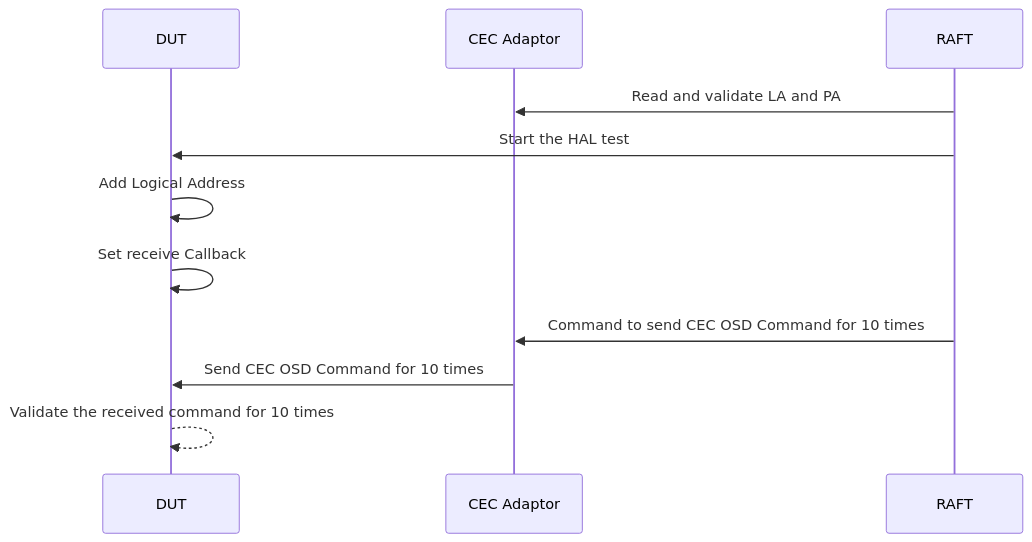
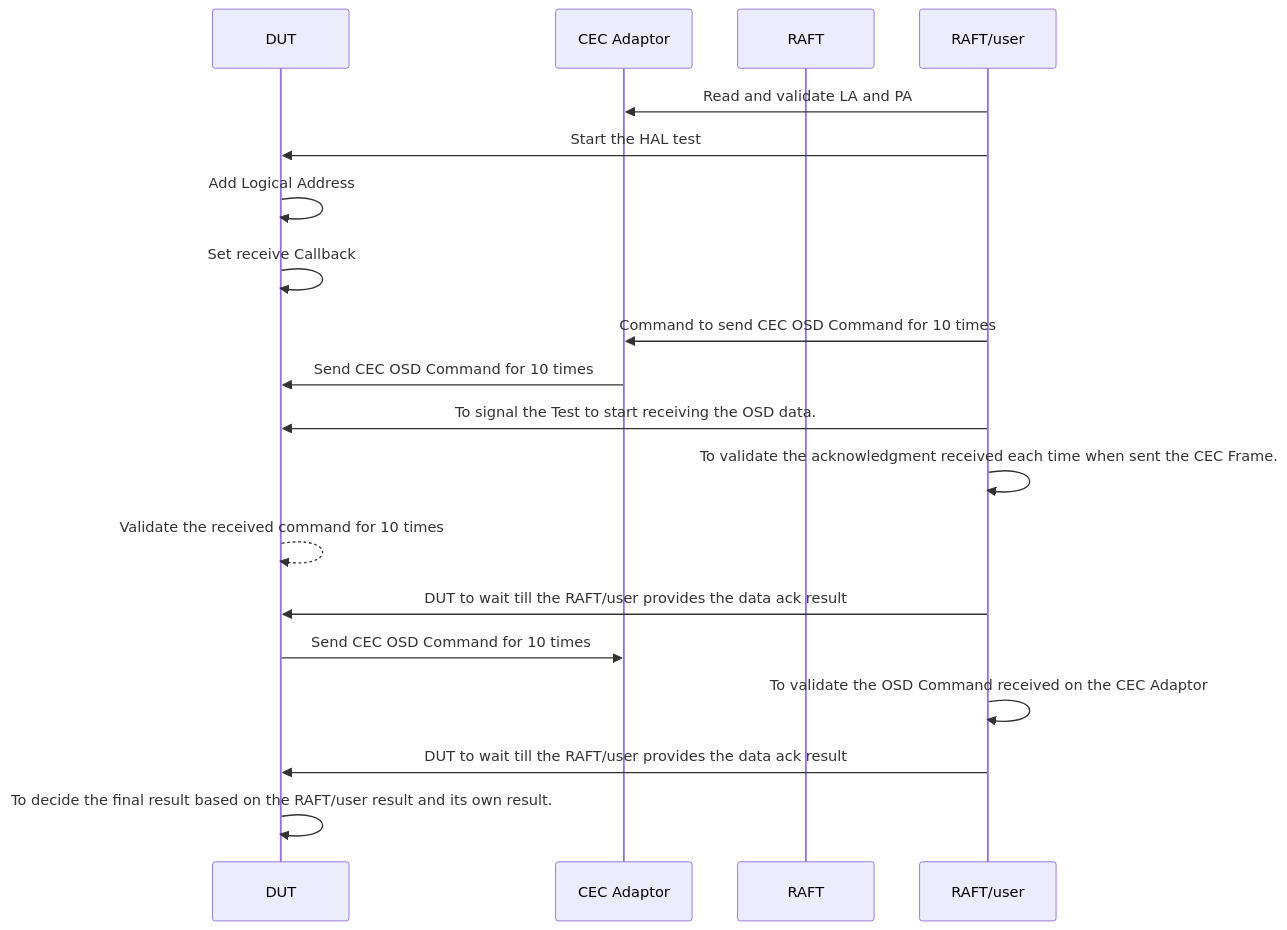
One commit to rdkcentral/rdk-halif-test-hdmi_cec changed the fourth of 4 diagrams in docs/pages/hdmi-cec-sink-L3-Low-Level_TestSpec.md. Above: the diagram before and after it, drawn with Mermaid. The commit also changed other lines of this file, not shown here.

First line of the commit message:
gh #44 Update hdmi-cec-sink-L3-Low-Level_TestSpec.md

````diff
--- a/docs/pages/hdmi-cec-sink-L3-Low-Level_TestSpec.md
+++ b/docs/pages/hdmi-cec-sink-L3-Low-Level_TestSpec.md
@@ -254,13 +272,20 @@
 ```mermaid
 sequenceDiagram
     participant DUT
     participant CEC Adaptor
     participant RAFT
-    RAFT->>CEC Adaptor: Read and validate LA and PA 
-    RAFT->>DUT: Start the HAL test
+    RAFT/user->>CEC Adaptor: Read and validate LA and PA 
+    RAFT/user->>DUT: Start the HAL test
     DUT->>DUT: Add Logical Address
     DUT->>DUT: Set receive Callback
-    RAFT->>CEC Adaptor: Command to send CEC OSD Command for 10 times
+    RAFT/user->>CEC Adaptor: Command to send CEC OSD Command for 10 times
     CEC Adaptor->>DUT: Send CEC OSD Command for 10 times
+    RAFT/user->>DUT: To signal the Test to start receiving the OSD data.
+    RAFT/user->>RAFT/user: To validate the acknowledgment received each time when sent the CEC Frame.
     DUT-->>DUT: Validate the received command for 10 times
+    RAFT/user->>DUT: DUT to wait till the RAFT/user provides the data ack result
+    DUT->>CEC Adaptor: Send CEC OSD Command for 10 times
+    RAFT/user->>RAFT/user: To validate the OSD Command received on the CEC Adaptor
+    RAFT/user->>DUT: DUT to wait till the RAFT/user provides the data ack result
+    DUT->>DUT: To decide the final result based on the RAFT/user result and its own result.
 ```
````
